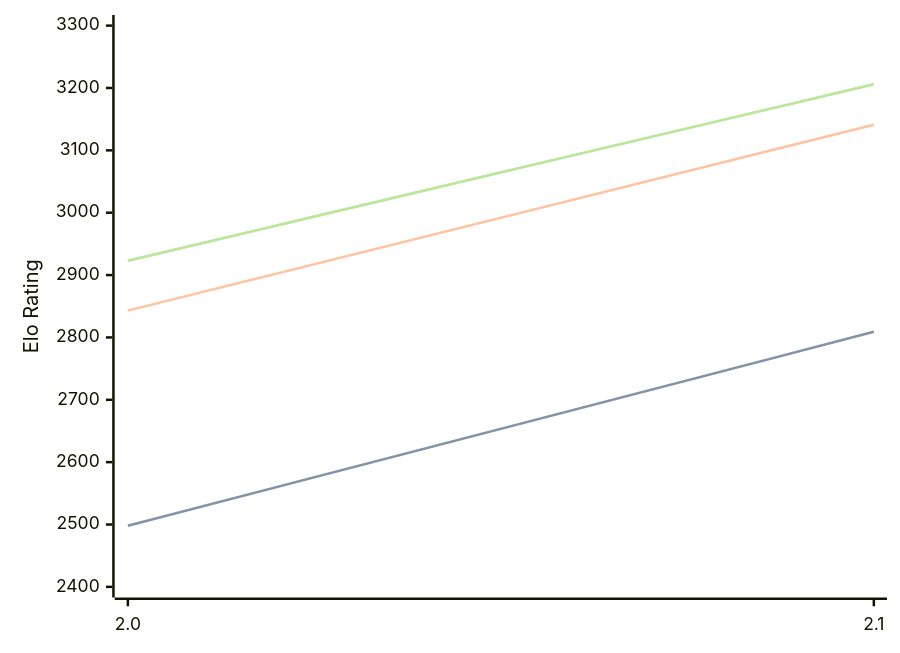
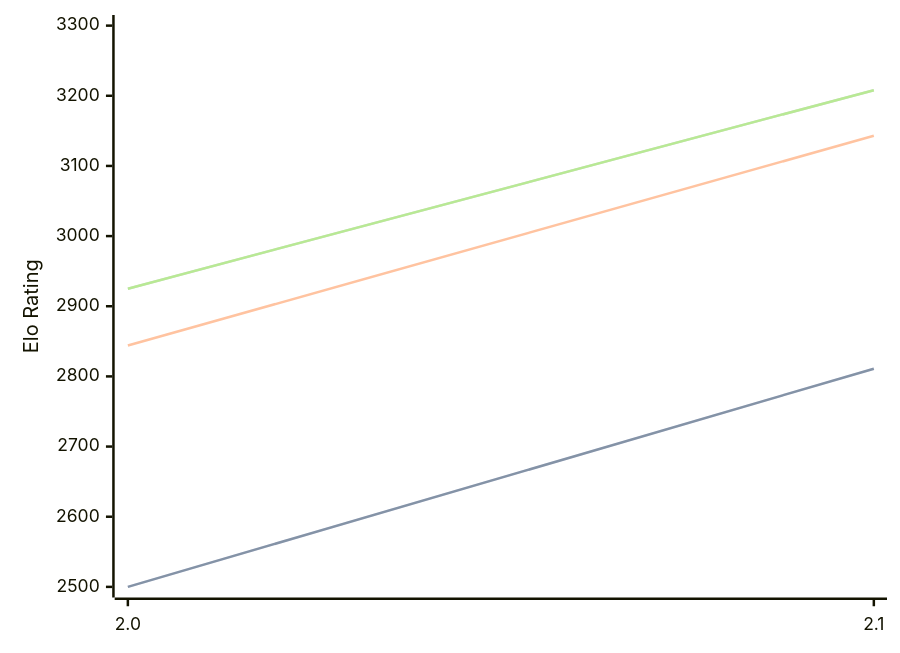
The diagram in engines/Tunguska.md (computer-chess-index/cci), drawn with Mermaid before and after one commit. The commit also changed other lines of this file, not shown here.

Commit message:
Update CCI Ratings (ELO VLTC) - 2026-08-23

````diff
--- a/engines/Tunguska.md
+++ b/engines/Tunguska.md
@@ -32,11 +32,11 @@
 ```mermaid
 %%{init: {"theme":"base","themeVariables":{"seriesColors:['#a3a3a3','#222221','#faa371']}}}%%
 xychart-beta
   x-axis ["2.0", "2.1"]
-  y-axis "Elo Rating" 2400 --> 3300
-  line "STC (8.0+0.08s)" [2498, 2809]
-  line "STC (8.0+0.08s)" [2498, 2809]
-  line "LTC (60.0+0.60s)" [2843, 3141]
-  line "VLTC (2m24s+1.12s)" [2923, 3206]
-  line "VLTC (2m24s+1.12s)" [2923, 3206]
+  y-axis "Elo Rating" 2500 --> 3300
+  line "STC (8.0+0.08s)" [2500, 2811]
+  line "STC (8.0+0.08s)" [2500, 2811]
+  line "LTC (60.0+0.60s)" [2844, 3143]
+  line "VLTC (2m24s+1.12s)" [2925, 3208]
+  line "VLTC (2m24s+1.12s)" [2925, 3208]
 ```
````
